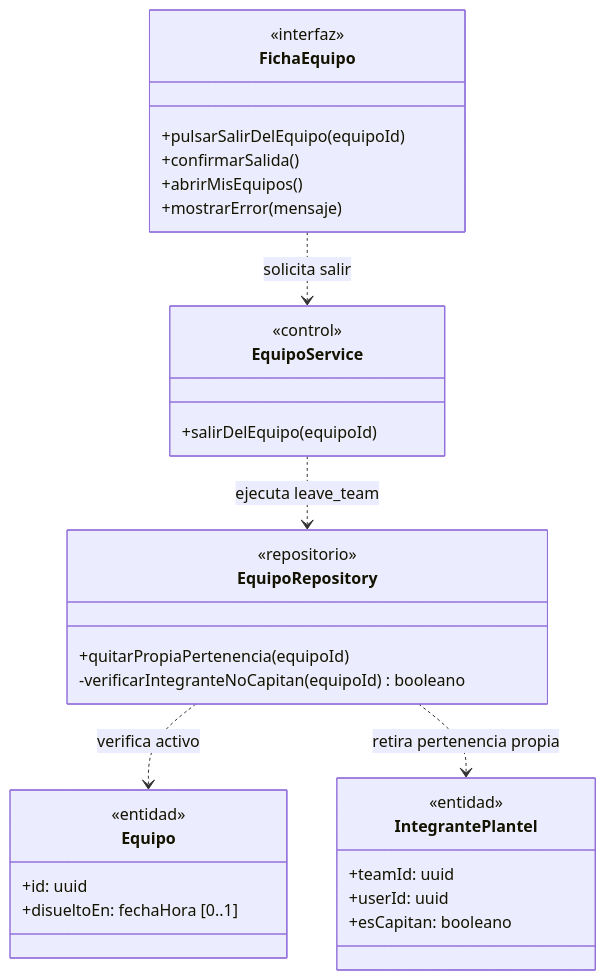
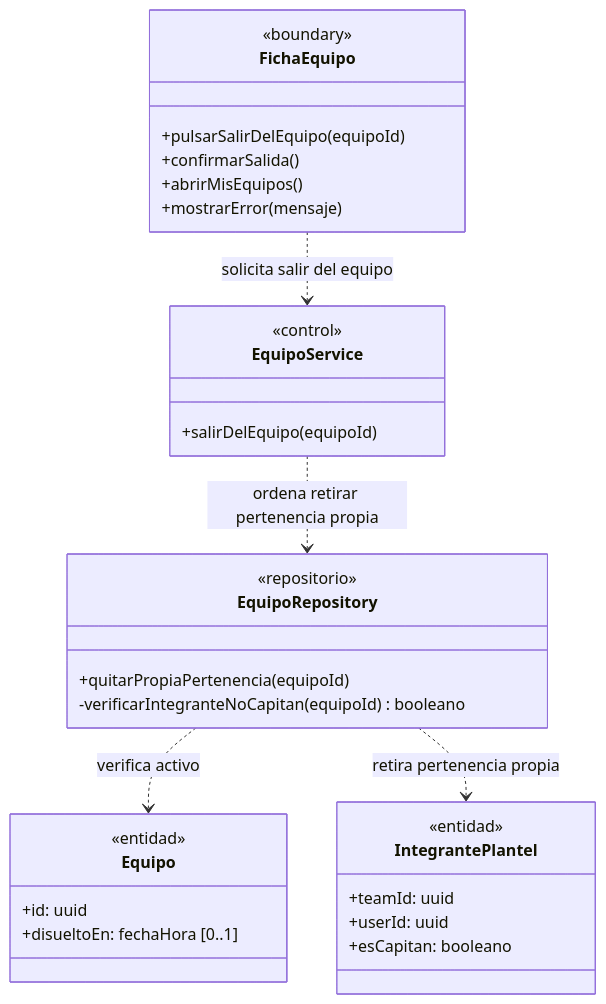
One commit to nicqletal/torneos-scraper changed the ninth of 11 diagrams in docs/diagramas-de-clase/equipos.md. Above: the diagram before and after it, drawn with Mermaid. The commit also changed other lines of this file and 12 other files, not shown here.

Commit message:
Correcion Diagramas de Clase

````diff
--- a/docs/diagramas-de-clase/equipos.md
+++ b/docs/diagramas-de-clase/equipos.md
@@ -694,35 +560,35 @@
 ```mermaid
 classDiagram
 direction TB
 class FichaEquipo {
-  <<interfaz>>
+  <<boundary>>
   +pulsarSalirDelEquipo(equipoId)
   +confirmarSalida()
   +abrirMisEquipos()
   +mostrarError(mensaje)
 }
 class EquipoService {
   <<control>>
   +salirDelEquipo(equipoId)
 }
 class EquipoRepository {
   <<repositorio>>
   +quitarPropiaPertenencia(equipoId)
   -verificarIntegranteNoCapitan(equipoId) booleano
 }
 class Equipo {
   <<entidad>>
   +id: uuid
   +disueltoEn: fechaHora [0..1]
 }
 class IntegrantePlantel {
   <<entidad>>
   +teamId: uuid
   +userId: uuid
   +esCapitan: booleano
 }
-FichaEquipo ..> EquipoService : solicita salir
-EquipoService ..> EquipoRepository : ejecuta leave_team
+FichaEquipo ..> EquipoService : solicita salir del equipo
+EquipoService ..> EquipoRepository : ordena retirar pertenencia propia
 EquipoRepository ..> Equipo : verifica activo
 EquipoRepository ..> IntegrantePlantel : retira pertenencia propia
 ```
````
